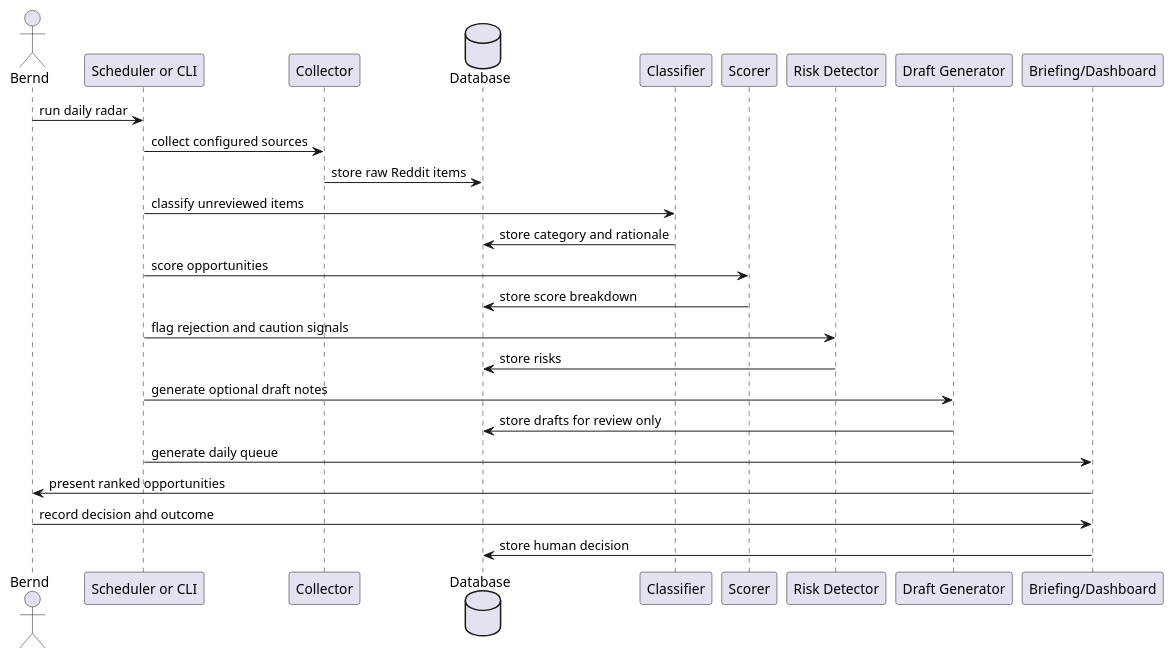
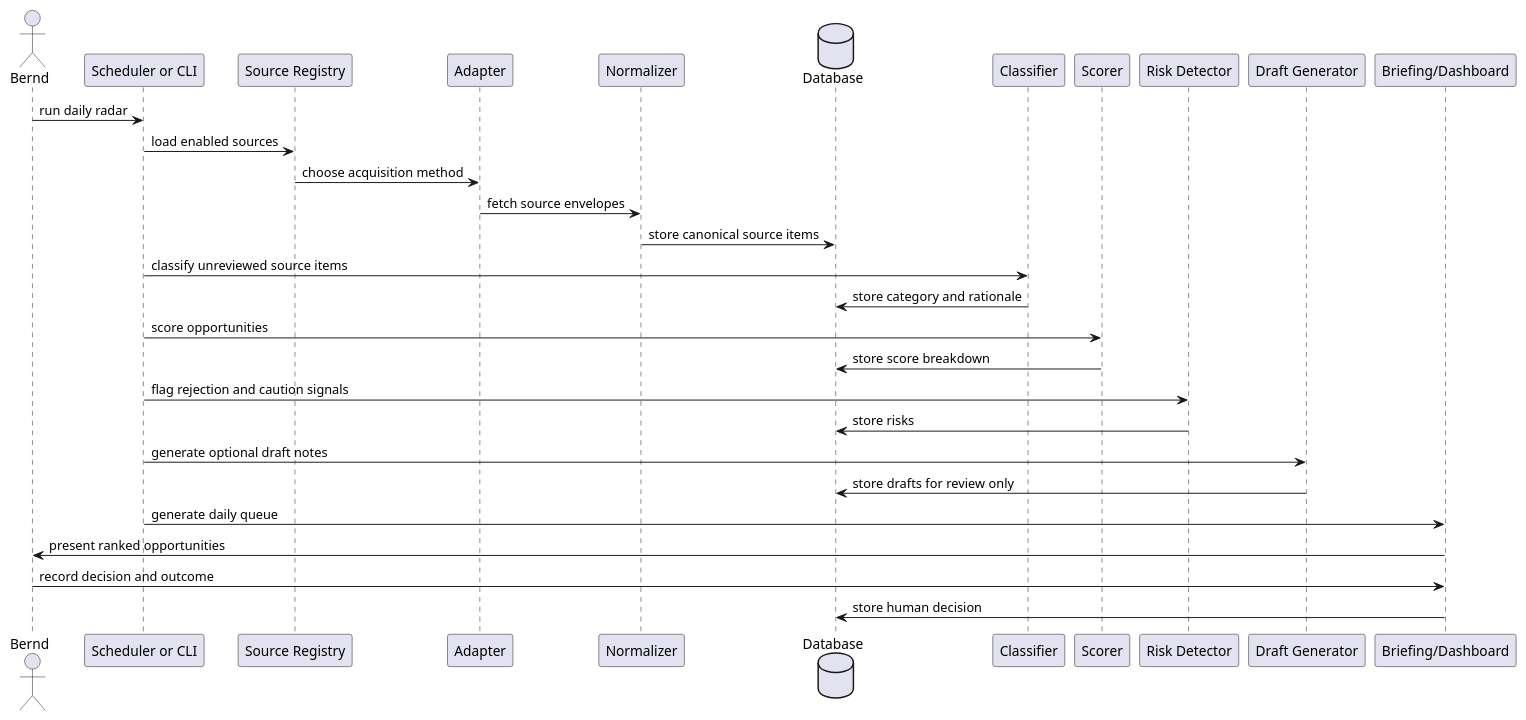
Before and after one commit to bprager/reddit-opportunity-agent: the third of 3 diagrams in Docs/architecture.md, drawn with PlantUML. The commit also changed other lines of this file and 18 other files, not shown here.

````diff
--- a/Docs/architecture.md
+++ b/Docs/architecture.md
@@ -112,30 +146,34 @@
 ```plantuml
 @startuml
 actor Bernd
 participant "Scheduler or CLI" as CLI
-participant "Collector" as Collector
+participant "Source Registry" as Registry
+participant "Adapter" as Adapter
+participant "Normalizer" as Normalizer
 database "Database" as DB
 participant "Classifier" as Classifier
 participant "Scorer" as Scorer
 participant "Risk Detector" as Risk
 participant "Draft Generator" as Draft
 participant "Briefing/Dashboard" as Review
 
 Bernd -> CLI : run daily radar
-CLI -> Collector : collect configured sources
-Collector -> DB : store raw Reddit items
-CLI -> Classifier : classify unreviewed items
+CLI -> Registry : load enabled sources
+Registry -> Adapter : choose acquisition method
+Adapter -> Normalizer : fetch source envelopes
+Normalizer -> DB : store canonical source items
+CLI -> Classifier : classify unreviewed source items
 Classifier -> DB : store category and rationale
 CLI -> Scorer : score opportunities
 Scorer -> DB : store score breakdown
 CLI -> Risk : flag rejection and caution signals
 Risk -> DB : store risks
 CLI -> Draft : generate optional draft notes
 Draft -> DB : store drafts for review only
 CLI -> Review : generate daily queue
 Review -> Bernd : present ranked opportunities
 Bernd -> Review : record decision and outcome
 Review -> DB : store human decision
 
 @enduml
 ```
````
